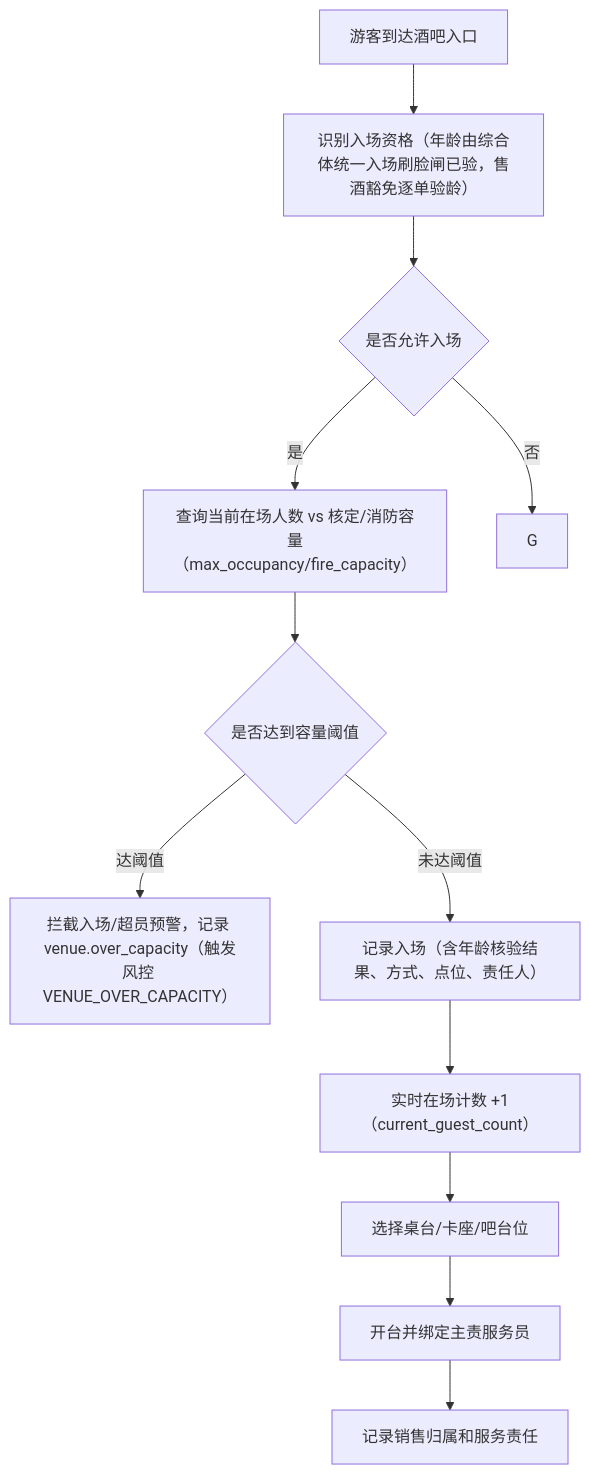
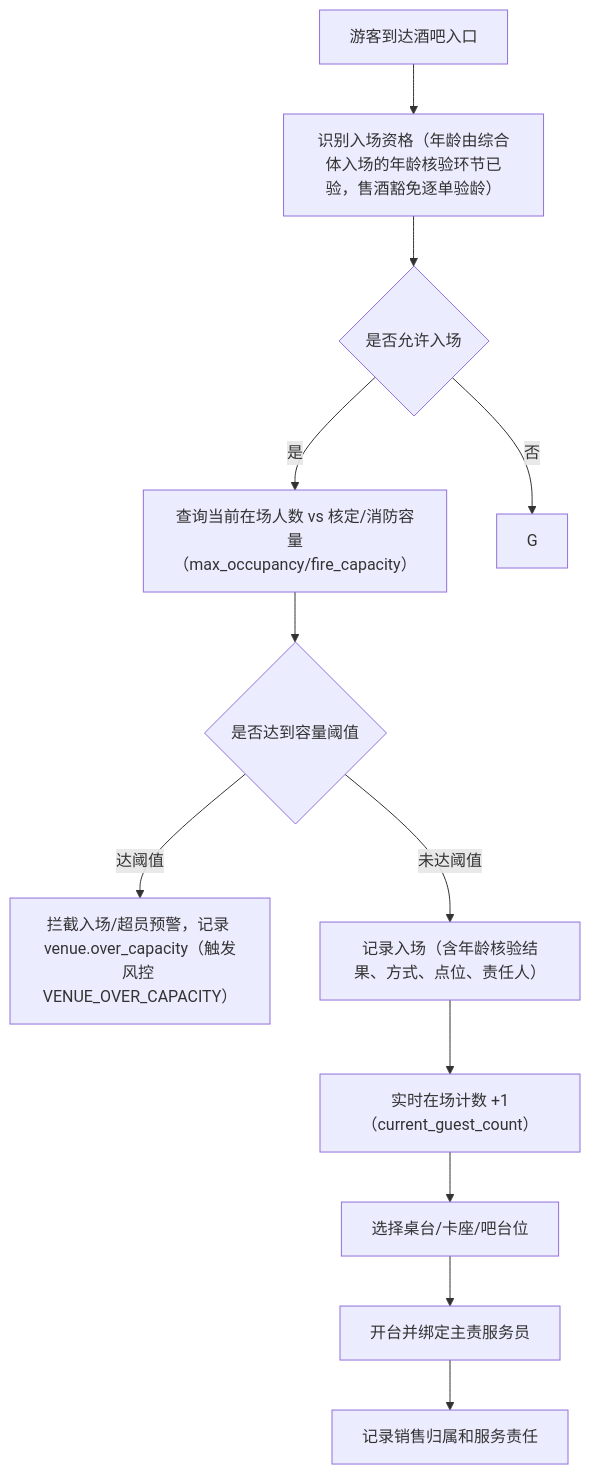
Before and after one commit to jxh1979/mall: the first of 6 diagrams in docs/bar-business-operations-product-prd-v0.1.md, drawn with Mermaid. The commit also changed other lines of this file and 53 other files, not shown here.

````diff
--- a/docs/bar-business-operations-product-prd-v0.1.md
+++ b/docs/bar-business-operations-product-prd-v0.1.md
@@ -112,14 +112,14 @@
 ```mermaid
 flowchart TD
-  A["游客到达酒吧入口"] --> B["识别入场资格（年龄由综合体统一入场刷脸闸已验，售酒豁免逐单验龄）"]
+  A["游客到达酒吧入口"] --> B["识别入场资格（年龄由综合体入场的年龄核验环节已验，售酒豁免逐单验龄）"]
   B --> C{"是否允许入场"}
   C -- 是 --> C1["查询当前在场人数 vs 核定/消防容量（max_occupancy/fire_capacity）"]
   C1 --> C2{"是否达到容量阈值"}
   C2 -- 达阈值 --> G2["拦截入场/超员预警，记录 venue.over_capacity（触发风控 VENUE_OVER_CAPACITY）"]
   C2 -- 未达阈值 --> D["记录入场（含年龄核验结果、方式、点位、责任人）"]
   D --> D0["实时在场计数 +1（current_guest_count）"]
   D0 --> E["选择桌台/卡座/吧台位"]
   E --> F["开台并绑定主责服务员"]
   F --> F1["记录销售归属和服务责任"]
   C -- 否 --> G
 ```
````
